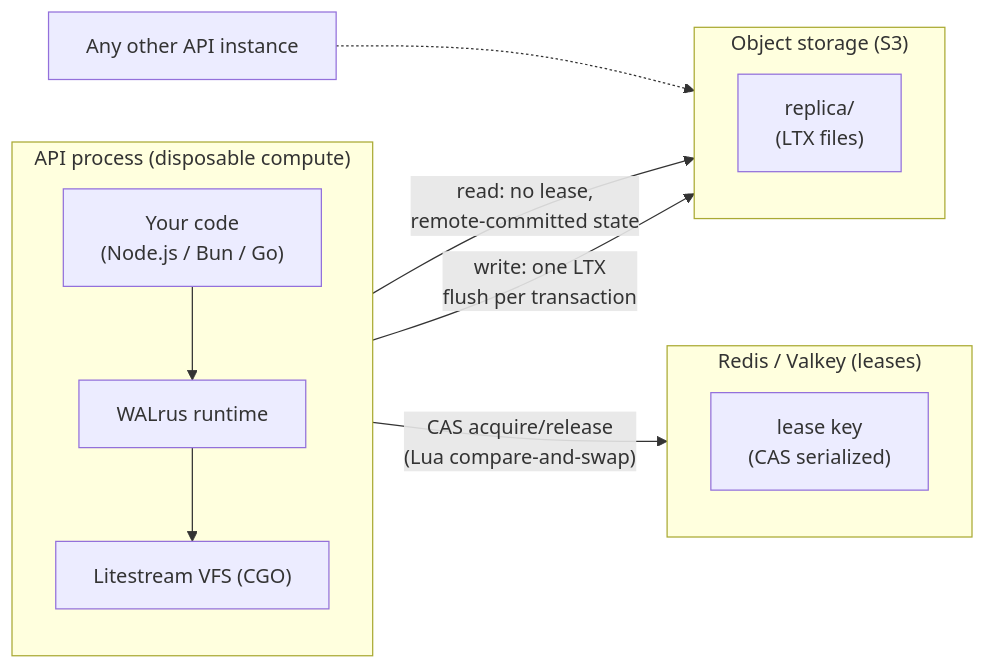
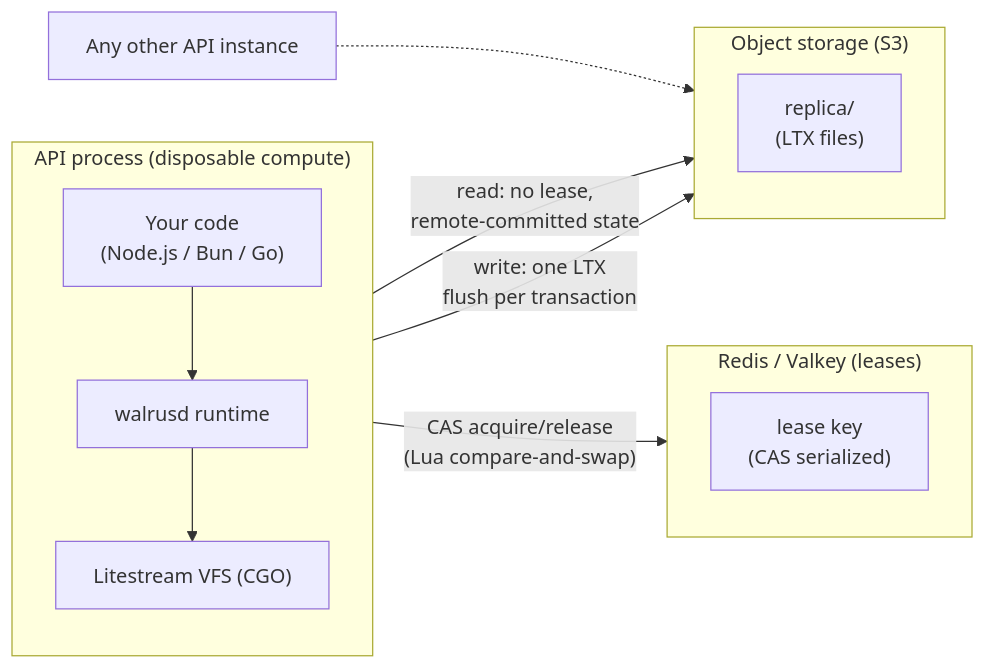
One commit to kush-js/walrusd changed the first of 2 diagrams in README.md. Above: the diagram before and after it, drawn with Mermaid. The commit also changed other lines of this file and 45 other files, not shown here.

First line of the commit message:
rebrand: WALrus -> walrusd

````diff
--- a/README.md
+++ b/README.md
@@ -68,24 +68,24 @@
 ```mermaid
 flowchart LR
     subgraph API["API process (disposable compute)"]
         direction TB
-        JS["Your code\n(Node.js / Bun / Go)"] --> RT["WALrus runtime"]
+        JS["Your code\n(Node.js / Bun / Go)"] --> RT["walrusd runtime"]
         RT --> LF["Litestream VFS (CGO)"]
     end
 
     subgraph RED["Redis / Valkey (leases)"]
         direction TB
         L["lease key\n(CAS serialized)"]
     end
 
     subgraph OS["Object storage (S3)"]
         direction TB
         R["replica/\n(LTX files)"]
     end
 
     LF -- "read: no lease,\nremote-committed state" --> R
     LF -- "write: one LTX\nflush per transaction" --> R
     RT -- "CAS acquire/release\n(Lua compare-and-swap)" --> L
 
     API2["Any other API instance"] -.-> OS
 ```
````
